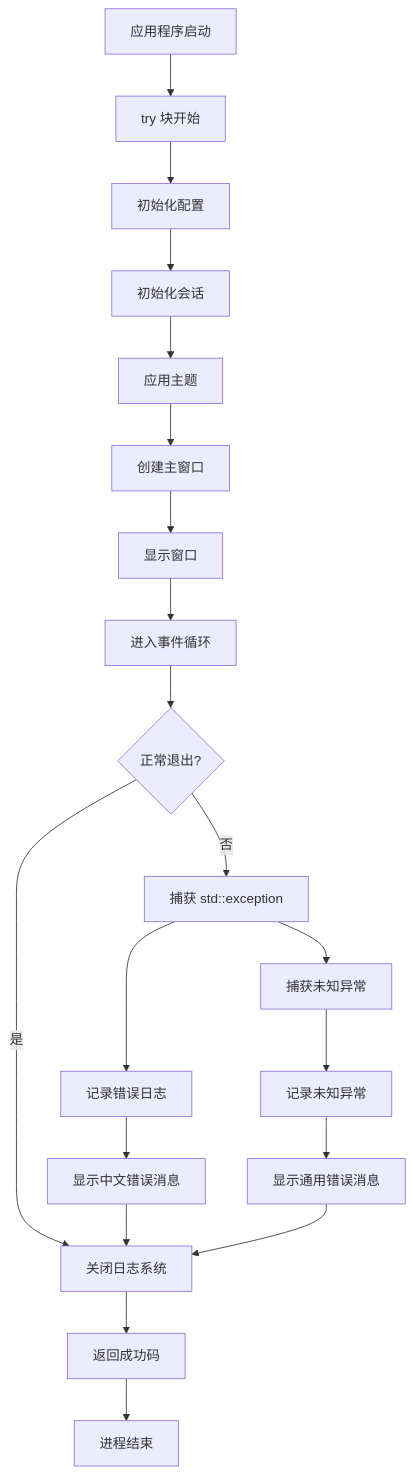
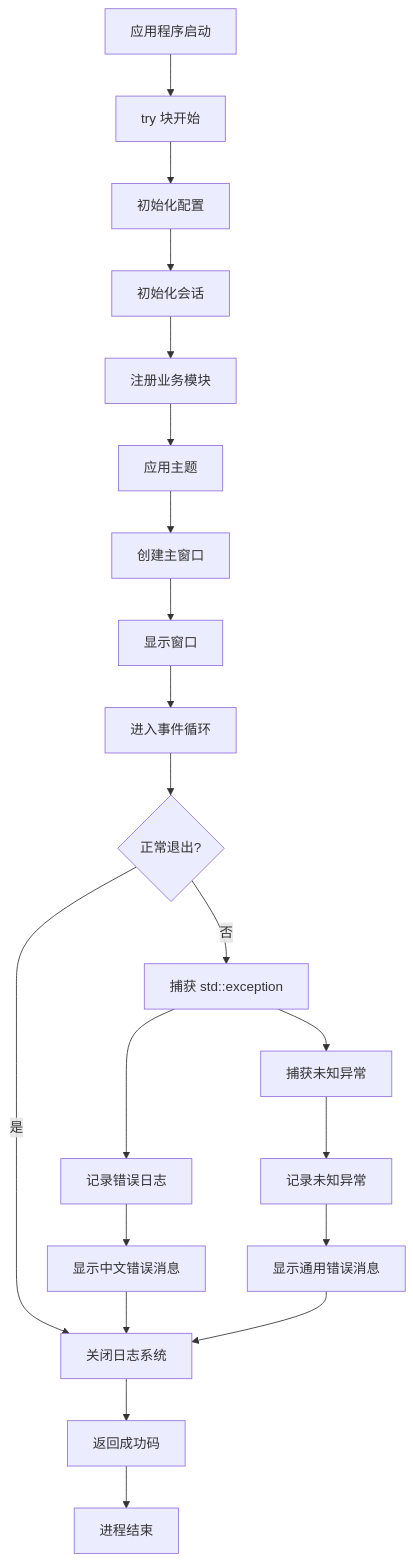
The fourth of 8 diagrams in .qoder/repowiki/zh/content/核心模块详解/应用程序入口.md (jakecai1225-design/OpenBus), drawn with Mermaid before and after one commit. The commit also changed other lines of this file and 58 other files, not shown here.

````diff
--- a/.qoder/repowiki/zh/content/核心模块详解/应用程序入口.md
+++ b/.qoder/repowiki/zh/content/核心模块详解/应用程序入口.md
@@ -185,22 +227,23 @@
 ```mermaid
 flowchart TD
 Start["应用程序启动"] --> TryBlock["try 块开始"]
 TryBlock --> InitConfig["初始化配置"]
 InitConfig --> InitSession["初始化会话"]
-InitSession --> ApplyTheme["应用主题"]
+InitSession --> RegisterModules["注册业务模块"]
+RegisterModules --> ApplyTheme["应用主题"]
 ApplyTheme --> CreateWindow["创建主窗口"]
 CreateWindow --> ShowWindow["显示窗口"]
 ShowWindow --> EventLoop["进入事件循环"]
 EventLoop --> NormalExit{"正常退出?"}
 NormalExit --> |是| Shutdown["关闭日志系统"]
 Shutdown --> Success["返回成功码"]
 NormalExit --> |否| CatchStd["捕获 std::exception"]
 CatchStd --> LogError["记录错误日志"]
 LogError --> ShowMsg["显示中文错误消息"]
 ShowMsg --> Shutdown
 CatchStd --> Unknown["捕获未知异常"]
 Unknown --> LogUnknown["记录未知异常"]
 LogUnknown --> ShowGeneric["显示通用错误消息"]
 ShowGeneric --> Shutdown
 Success --> End["进程结束"]
 ```
````
